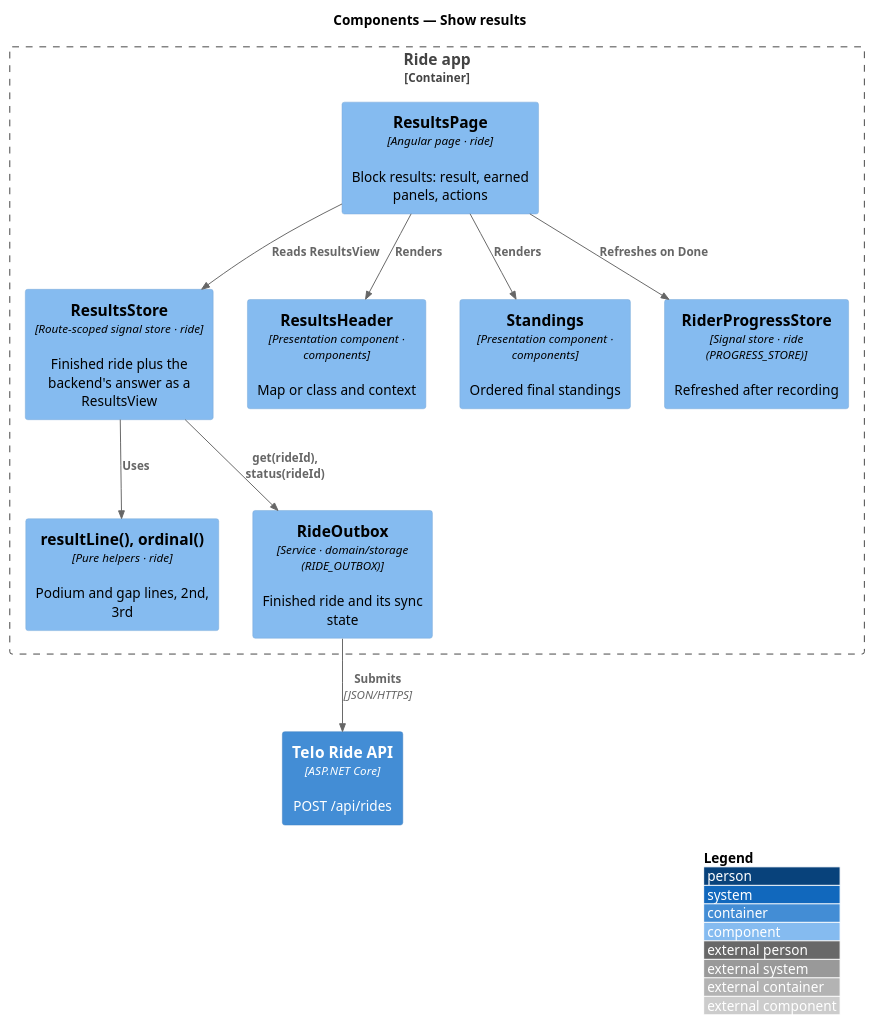
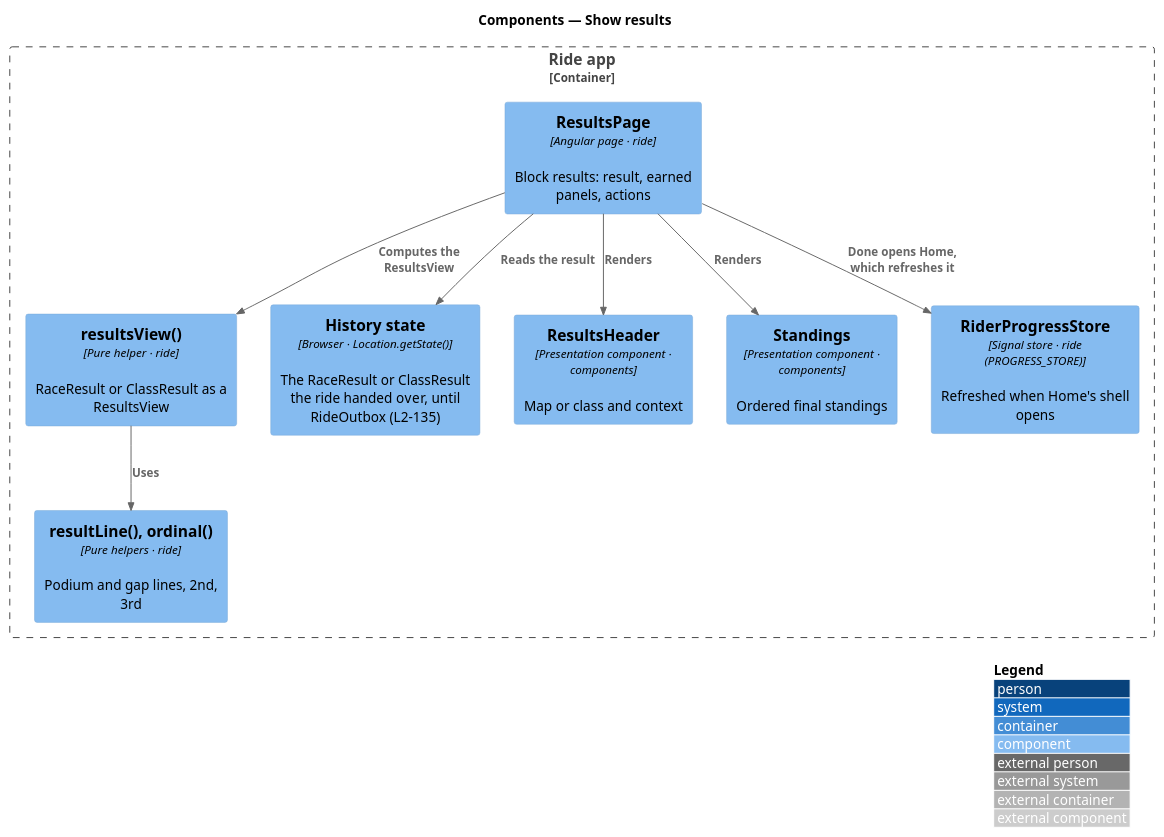
One commit to QuinntyneBrown/ride-one changed the diagram in docs/detailed-designs/results/show-results/diagrams/c4-component.puml. Above: the diagram before and after it, drawn with PlantUML. The commit also changed 8 other files, not shown here.

```diff
--- a/docs/detailed-designs/results/show-results/diagrams/c4-component.puml
+++ b/docs/detailed-designs/results/show-results/diagrams/c4-component.puml
@@ -1,24 +1,22 @@
 @startuml
 !include <C4/C4_Component>
 LAYOUT_WITH_LEGEND()
 title Components — Show results
 
 Container_Boundary(app, "Ride app") {
   Component(page, "ResultsPage", "Angular page · ride", "Block results: result, earned panels, actions")
-  Component(store, "ResultsStore", "Route-scoped signal store · ride", "Finished ride plus the backend's answer as a ResultsView")
+  Component(store, "resultsView()", "Pure helper · ride", "RaceResult or ClassResult as a ResultsView")
   Component(line, "resultLine(), ordinal()", "Pure helpers · ride", "Podium and gap lines, 2nd, 3rd")
-  Component(outbox, "RideOutbox", "Service · domain/storage (RIDE_OUTBOX)", "Finished ride and its sync state")
+  Component(outbox, "History state", "Browser · Location.getState()", "The RaceResult or ClassResult the ride handed over, until RideOutbox (L2-135)")
   Component(hdr, "ResultsHeader", "Presentation component · components", "Map or class and context")
   Component(standings, "Standings", "Presentation component · components", "Ordered final standings")
-  Component(prog, "RiderProgressStore", "Signal store · ride (PROGRESS_STORE)", "Refreshed after recording")
+  Component(prog, "RiderProgressStore", "Signal store · ride (PROGRESS_STORE)", "Refreshed when Home's shell opens")
 }
-Container(api, "Telo Ride API", "ASP.NET Core", "POST /api/rides")
 
-Rel(page, store, "Reads ResultsView")
-Rel(store, outbox, "get(rideId), status(rideId)")
+Rel(page, outbox, "Reads the result")
+Rel(page, store, "Computes the ResultsView")
 Rel(store, line, "Uses")
 Rel(page, hdr, "Renders")
 Rel(page, standings, "Renders")
-Rel(outbox, api, "Submits", "JSON/HTTPS")
-Rel(page, prog, "Refreshes on Done")
+Rel(page, prog, "Done opens Home, which refreshes it")
 @enduml
```
